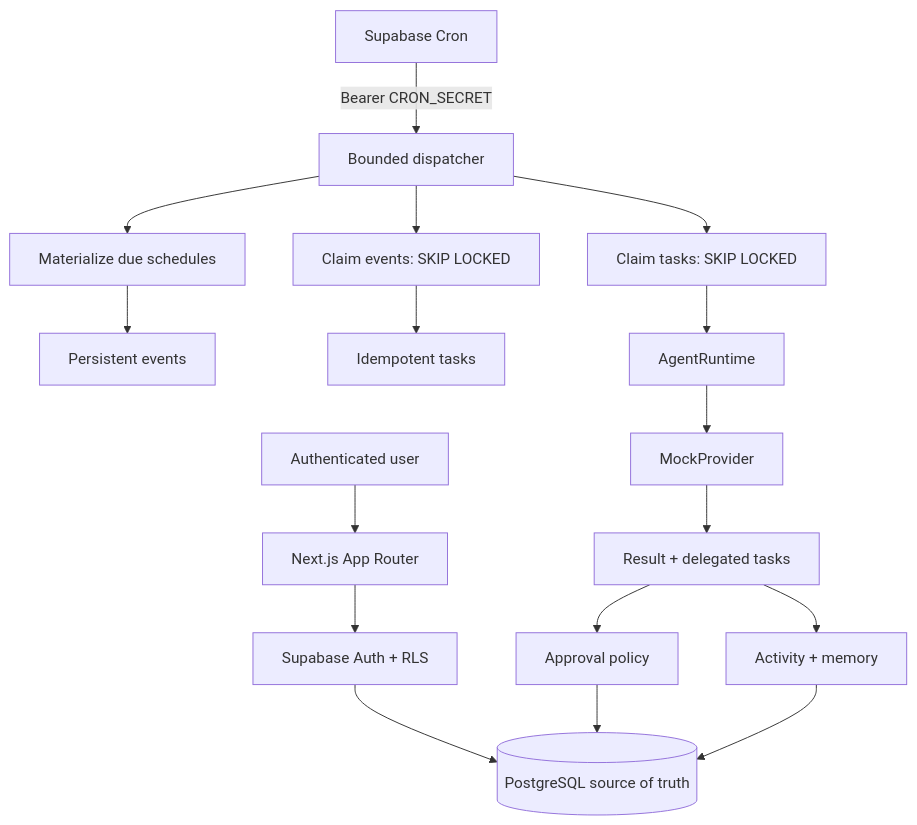
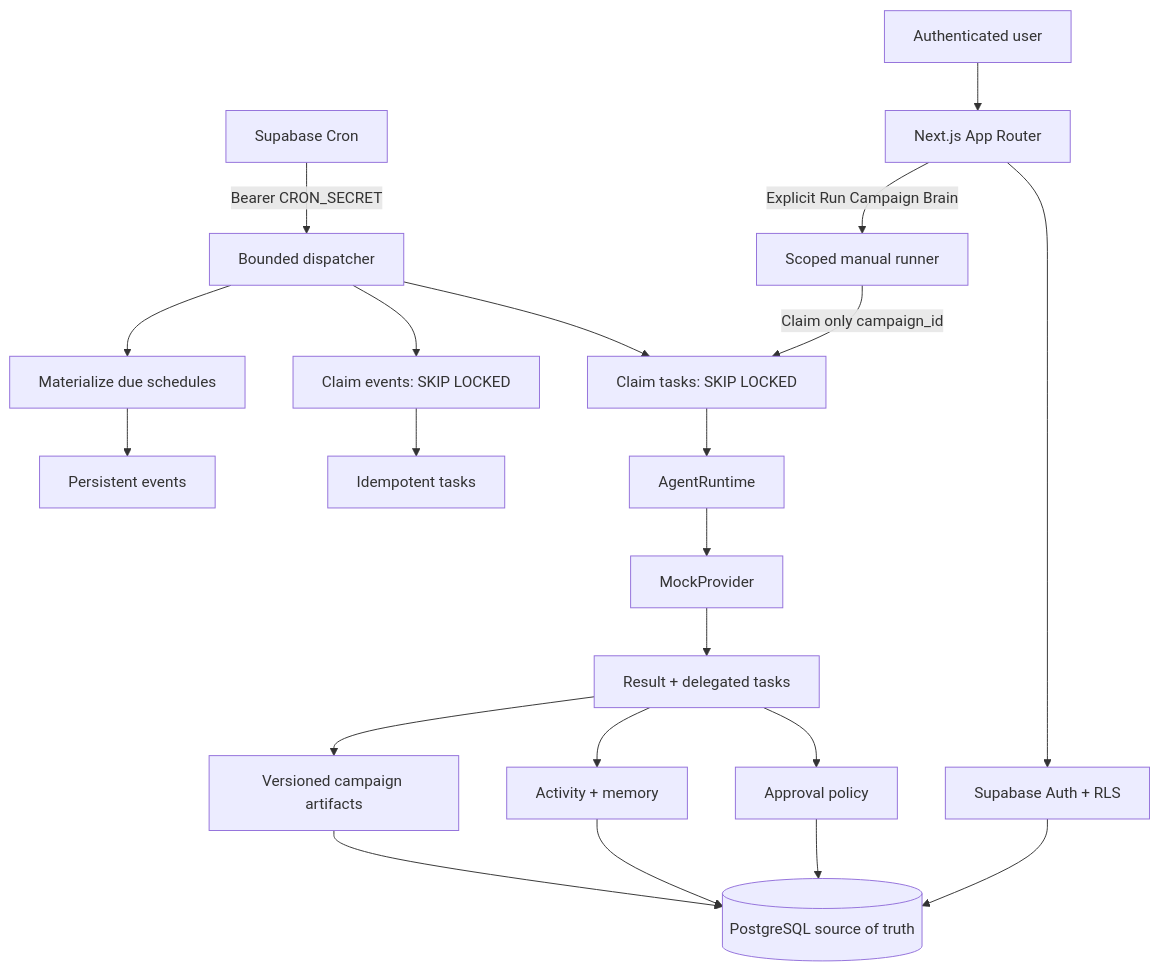
Before and after one commit to JairoRifran/Spectro-Marketing: the diagram in docs/architecture.md, drawn with Mermaid. The commit also changed other lines of this file and 31 other files, not shown here.

Commit message:
feat: build M02.1 Campaign Brain

````diff
--- a/docs/architecture.md
+++ b/docs/architecture.md
@@ -5,19 +5,23 @@
 ```mermaid
 flowchart TD
   U[Authenticated user] --> UI[Next.js App Router]
   UI --> RLS[Supabase Auth + RLS]
   RLS --> PG[(PostgreSQL source of truth)]
+  UI -->|Explicit Run Campaign Brain| MR[Scoped manual runner]
+  MR -->|Claim only campaign_id| TC
   CRON[Supabase Cron] -->|Bearer CRON_SECRET| D[Bounded dispatcher]
   D --> S[Materialize due schedules]
   S --> E[Persistent events]
   D --> EC[Claim events: SKIP LOCKED]
   EC --> T[Idempotent tasks]
   D --> TC[Claim tasks: SKIP LOCKED]
   TC --> AR[AgentRuntime]
   AR --> P[MockProvider]
   P --> R[Result + delegated tasks]
+  R --> CB[Versioned campaign artifacts]
   R --> A[Approval policy]
   R --> L[Activity + memory]
   A --> PG
   L --> PG
+  CB --> PG
 ```
````
